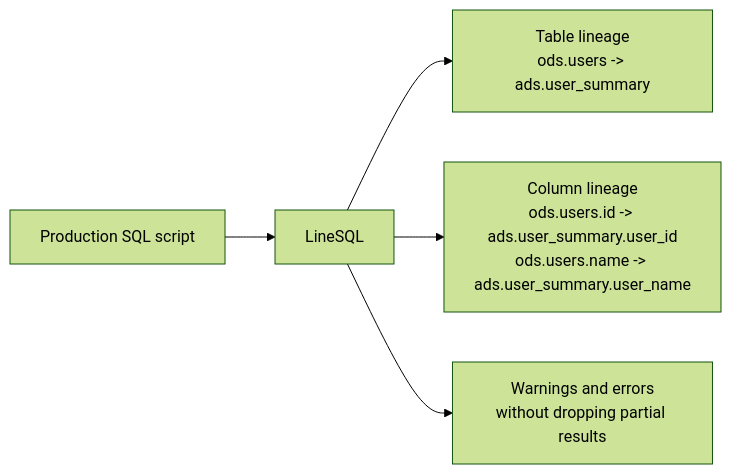
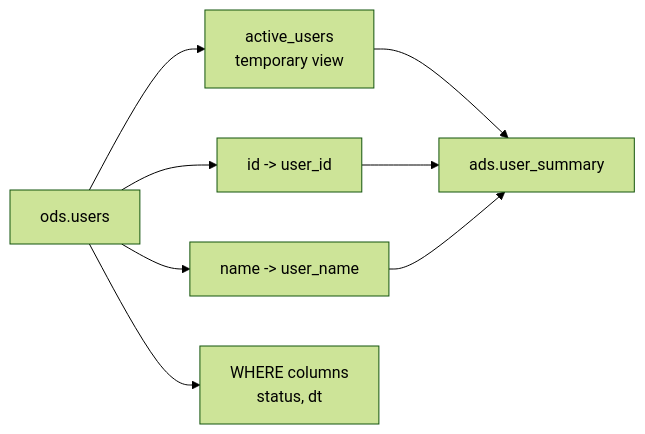
One commit to jarredhj0214/linesql changed the diagram in README.md. Above: the diagram before and after it, drawn with Mermaid (forest theme). The commit also changed other lines of this file, not shown here.

Commit message:
docs: highlight lineage example

````diff
--- a/README.md
+++ b/README.md
@@ -35,13 +57,14 @@
 ```mermaid
 flowchart LR
-    sql["Production SQL script"]
-    parser["LineSQL"]
-    tables["Table lineage<br/>ods.users -> ads.user_summary"]
-    columns["Column lineage<br/>ods.users.id -> ads.user_summary.user_id<br/>ods.users.name -> ads.user_summary.user_name"]
-    diagnostics["Warnings and errors<br/>without dropping partial results"]
+    source["ods.users"]
+    temp["active_users<br/>temporary view"]
+    target["ads.user_summary"]
+    c1["id -> user_id"]
+    c2["name -> user_name"]
+    filters["WHERE columns<br/>status, dt"]
 
-    sql --> parser
-    parser --> tables
-    parser --> columns
-    parser --> diagnostics
+    source --> temp --> target
+    source --> c1 --> target
+    source --> c2 --> target
+    source --> filters
 ```
````
